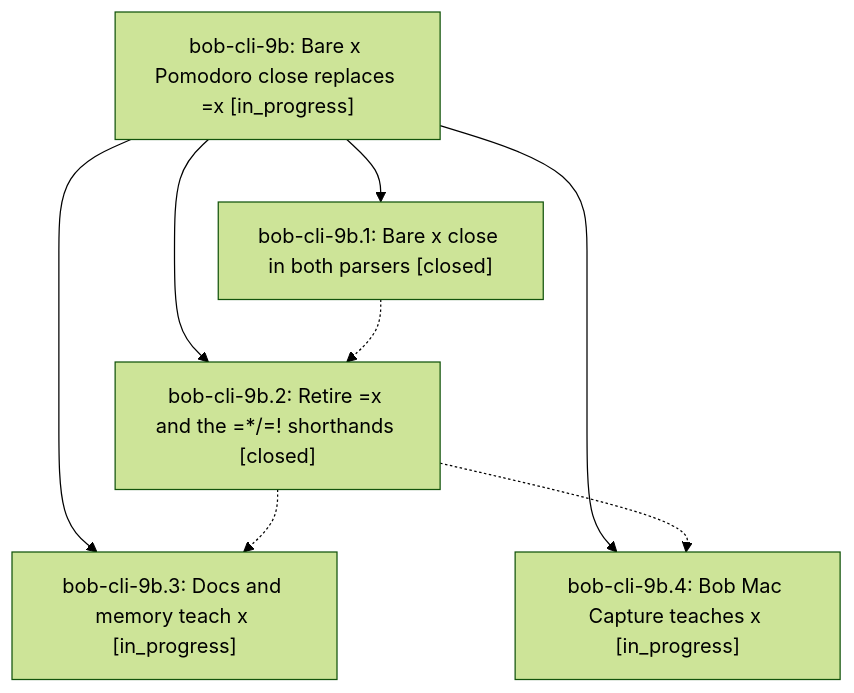
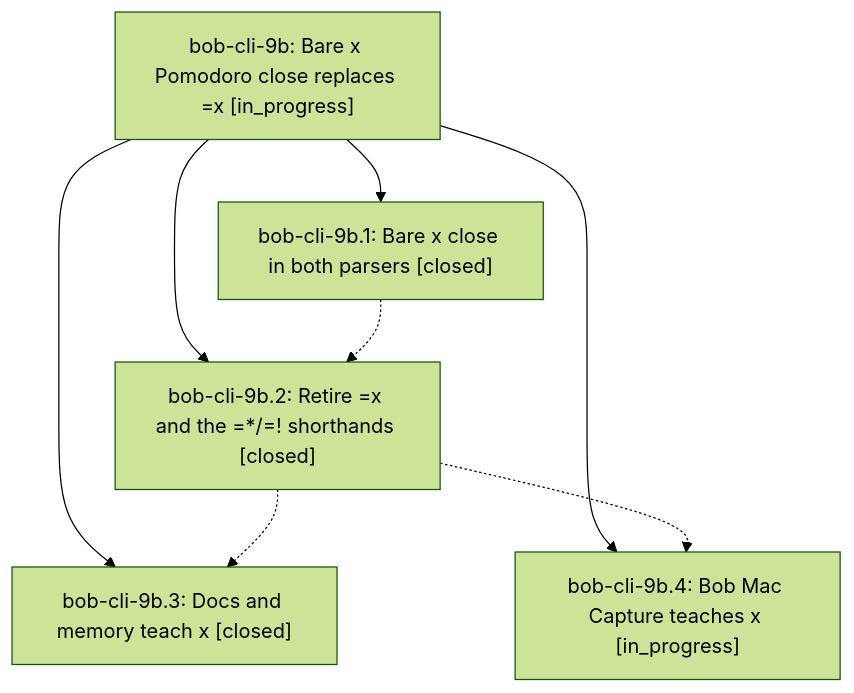
The diagram in pages/bob-cli-9b/README.md (bobs-org/bob-cli--beads), drawn with Mermaid (forest theme) before and after one commit. The commit also changed other lines of this file and 2 other files, not shown here.

First line of the commit message:
chore(beads): sync bead state and pages for bob-cli-9b

````diff
--- a/pages/bob-cli-9b/README.md
+++ b/pages/bob-cli-9b/README.md
@@ -25,15 +37,15 @@
 ```mermaid
 flowchart TD
     n0["bob-cli-9b: Bare x Pomodoro close replaces =x [in_progress]"]
     n1["bob-cli-9b.1: Bare x close in both parsers [closed]"]
     n2["bob-cli-9b.2: Retire =x and the =*/=! shorthands [closed]"]
-    n3["bob-cli-9b.3: Docs and memory teach x [in_progress]"]
+    n3["bob-cli-9b.3: Docs and memory teach x [closed]"]
     n4["bob-cli-9b.4: Bob Mac Capture teaches x [in_progress]"]
     n0 --> n1
     n0 --> n2
     n0 --> n3
     n0 --> n4
     n1 -.-> n2
     n2 -.-> n3
     n2 -.-> n4
 ```
````
